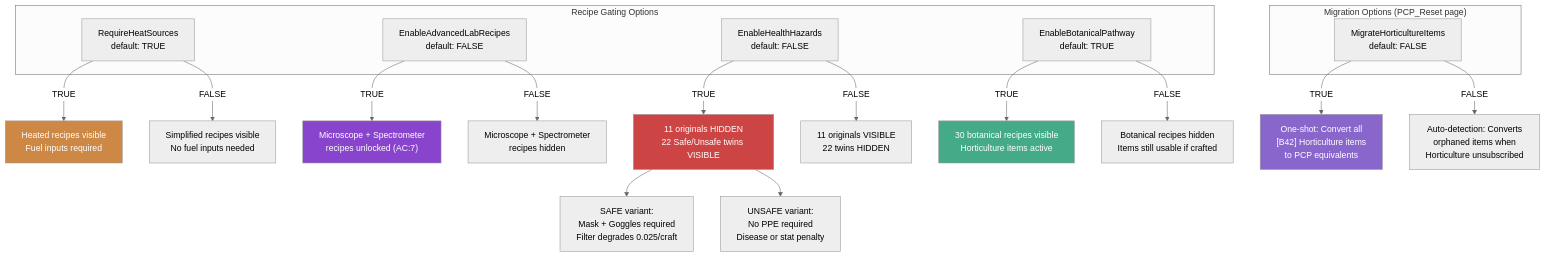
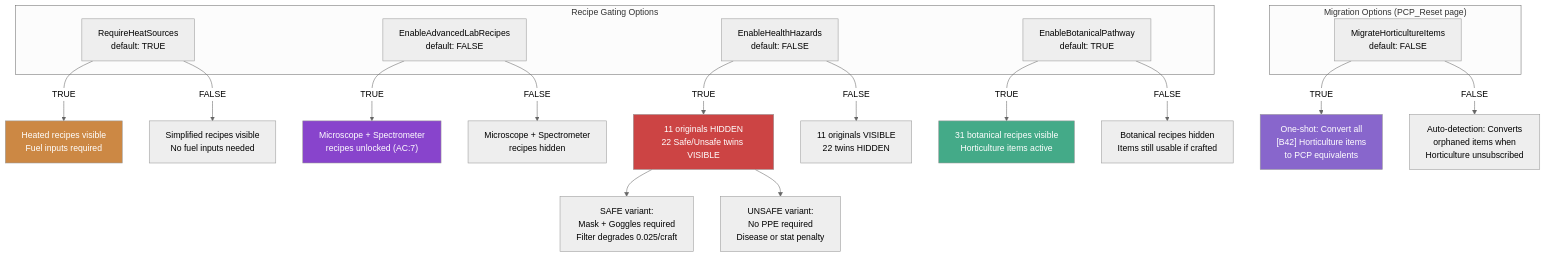
One commit to phobos-dthorga/mod-pz-chemistry-pathways changed the diagram in docs/mermaid-src/sandbox-recipe-gating.mmd. Above: the diagram before and after it, drawn with Mermaid (neutral theme). The commit also changed 23 other files, not shown here.

First line of the commit message:
docs: update all documentation and diagrams for v1.2.0 release

```diff
--- a/docs/mermaid-src/sandbox-recipe-gating.mmd
+++ b/docs/mermaid-src/sandbox-recipe-gating.mmd
@@ -1,35 +1,35 @@
 graph TB
     subgraph OPTIONS["Recipe Gating Options"]
         S1["RequireHeatSources<br/>default: TRUE"]
         S2["EnableAdvancedLabRecipes<br/>default: FALSE"]
         S3["EnableHealthHazards<br/>default: FALSE"]
         S4["EnableBotanicalPathway<br/>default: TRUE"]
     end
 
     S1 -->|"TRUE"| H_ON["Heated recipes visible<br/>Fuel inputs required"]
     S1 -->|"FALSE"| H_OFF["Simplified recipes visible<br/>No fuel inputs needed"]
 
     S2 -->|"TRUE"| A_ON["Microscope + Spectrometer<br/>recipes unlocked (AC:7)"]
     S2 -->|"FALSE"| A_OFF["Microscope + Spectrometer<br/>recipes hidden"]
 
     S3 -->|"TRUE"| Z_ON["11 originals HIDDEN<br/>22 Safe/Unsafe twins VISIBLE"]
     S3 -->|"FALSE"| Z_OFF["11 originals VISIBLE<br/>22 twins HIDDEN"]
 
-    S4 -->|"TRUE"| B_ON["30 botanical recipes visible<br/>Horticulture items active"]
+    S4 -->|"TRUE"| B_ON["31 botanical recipes visible<br/>Horticulture items active"]
     S4 -->|"FALSE"| B_OFF["Botanical recipes hidden<br/>Items still usable if crafted"]
 
     Z_ON --> SAFE["SAFE variant:<br/>Mask + Goggles required<br/>Filter degrades 0.025/craft"]
     Z_ON --> UNSAFE["UNSAFE variant:<br/>No PPE required<br/>Disease or stat penalty"]
 
     subgraph MIGRATE["Migration Options (PCP_Reset page)"]
         M1["MigrateHorticultureItems<br/>default: FALSE"]
     end
 
     M1 -->|"TRUE"| M_ON["One-shot: Convert all<br/>[B42] Horticulture items<br/>to PCP equivalents"]
     M1 -->|"FALSE"| M_AUTO["Auto-detection: Converts<br/>orphaned items when<br/>Horticulture unsubscribed"]
 
     style H_ON fill:#c84,color:#fff
     style A_ON fill:#84c,color:#fff
     style Z_ON fill:#c44,color:#fff
     style B_ON fill:#4a8,color:#fff
     style M_ON fill:#86c,color:#fff
```
